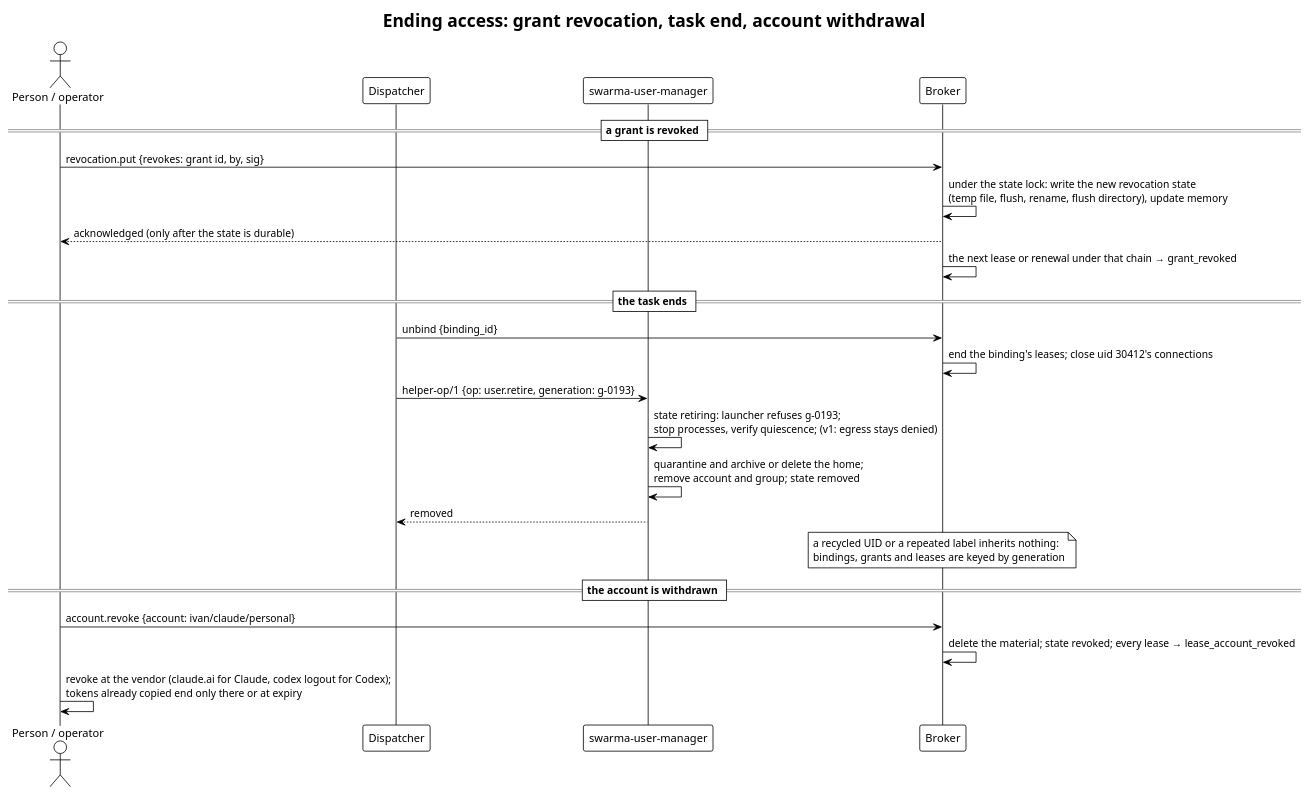
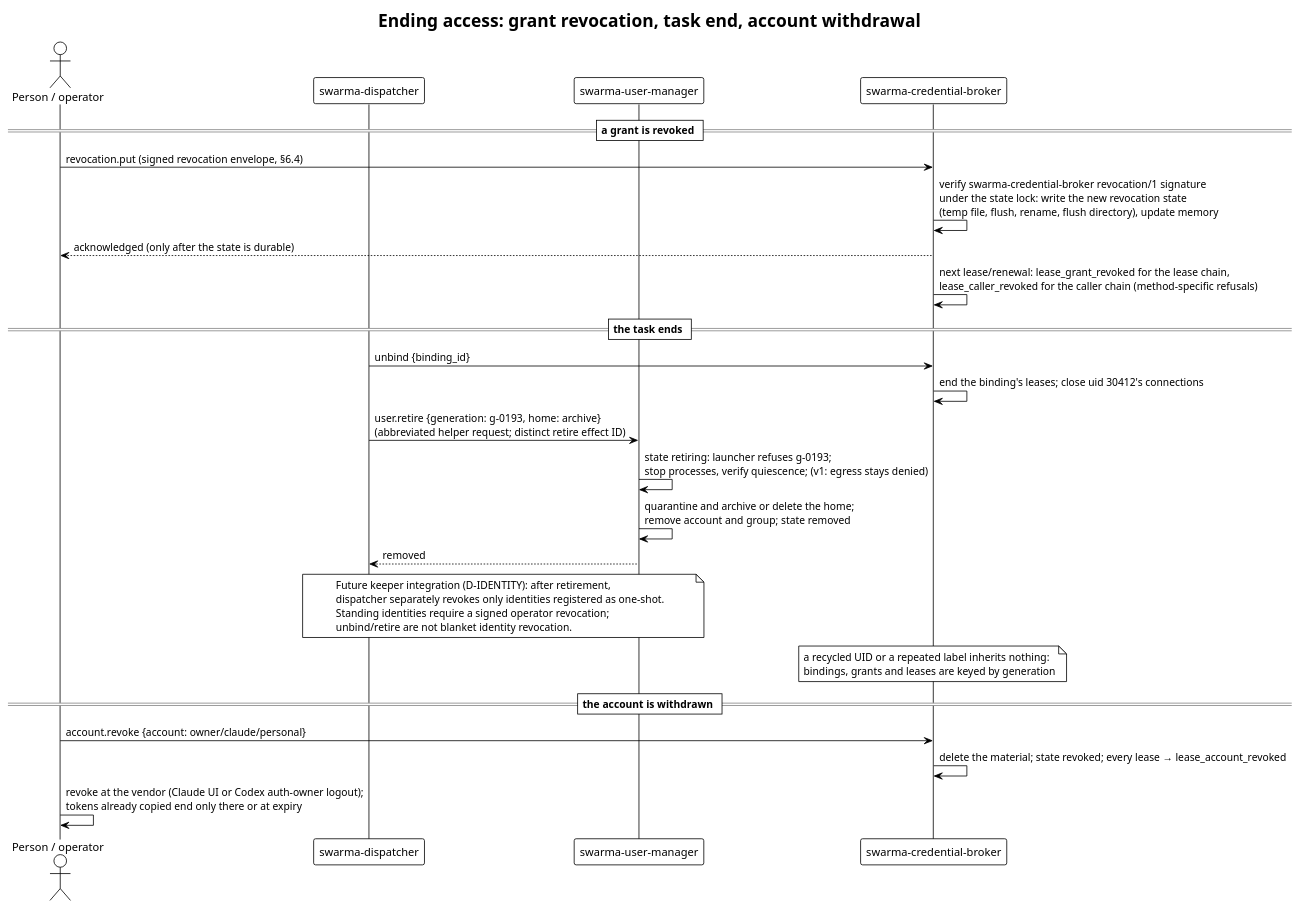
The diagram in diagrams/revoke-and-unbind.puml (relux-works/curator-credential-broker), drawn with PlantUML before and after one commit. The commit also changed 6 other files, not shown here.

```diff
--- a/diagrams/revoke-and-unbind.puml
+++ b/diagrams/revoke-and-unbind.puml
@@ -1,29 +1,30 @@
 @startuml revoke-and-unbind
 !theme plain
 title Ending access: grant revocation, task end, account withdrawal
 
 actor "Person / operator" as P
-participant "Dispatcher" as D
+participant "swarma-dispatcher" as D
 participant "swarma-user-manager" as H
-participant "Broker" as B
+participant "swarma-credential-broker" as B
 
 == a grant is revoked ==
-P -> B: revocation.put {revokes: grant id, by, sig}
-B -> B: under the state lock: write the new revocation state\n(temp file, flush, rename, flush directory), update memory
+P -> B: revocation.put (signed revocation envelope, §6.4)
+B -> B: verify swarma-credential-broker revocation/1 signature\nunder the state lock: write the new revocation state\n(temp file, flush, rename, flush directory), update memory
 B --> P: acknowledged (only after the state is durable)
-B -> B: the next lease or renewal under that chain → grant_revoked
+B -> B: next lease/renewal: lease_grant_revoked for the lease chain,\nlease_caller_revoked for the caller chain (method-specific refusals)
 
 == the task ends ==
 D -> B: unbind {binding_id}
 B -> B: end the binding's leases; close uid 30412's connections
-D -> H: helper-op/1 {op: user.retire, generation: g-0193}
+D -> H: user.retire {generation: g-0193, home: archive}\n(abbreviated helper request; distinct retire effect ID)
 H -> H: state retiring: launcher refuses g-0193;\nstop processes, verify quiescence; (v1: egress stays denied)
 H -> H: quarantine and archive or delete the home;\nremove account and group; state removed
 H --> D: removed
+note over D,H: Future keeper integration (D-IDENTITY): after retirement,\ndispatcher separately revokes only identities registered as one-shot.\nStanding identities require a signed operator revocation;\nunbind/retire are not blanket identity revocation.
 note over B: a recycled UID or a repeated label inherits nothing:\nbindings, grants and leases are keyed by generation
 
 == the account is withdrawn ==
-P -> B: account.revoke {account: ivan/claude/personal}
+P -> B: account.revoke {account: owner/claude/personal}
 B -> B: delete the material; state revoked; every lease → lease_account_revoked
-P -> P: revoke at the vendor (claude.ai for Claude, codex logout for Codex);\ntokens already copied end only there or at expiry
+P -> P: revoke at the vendor (Claude UI or Codex auth-owner logout);\ntokens already copied end only there or at expiry
 @enduml
```
